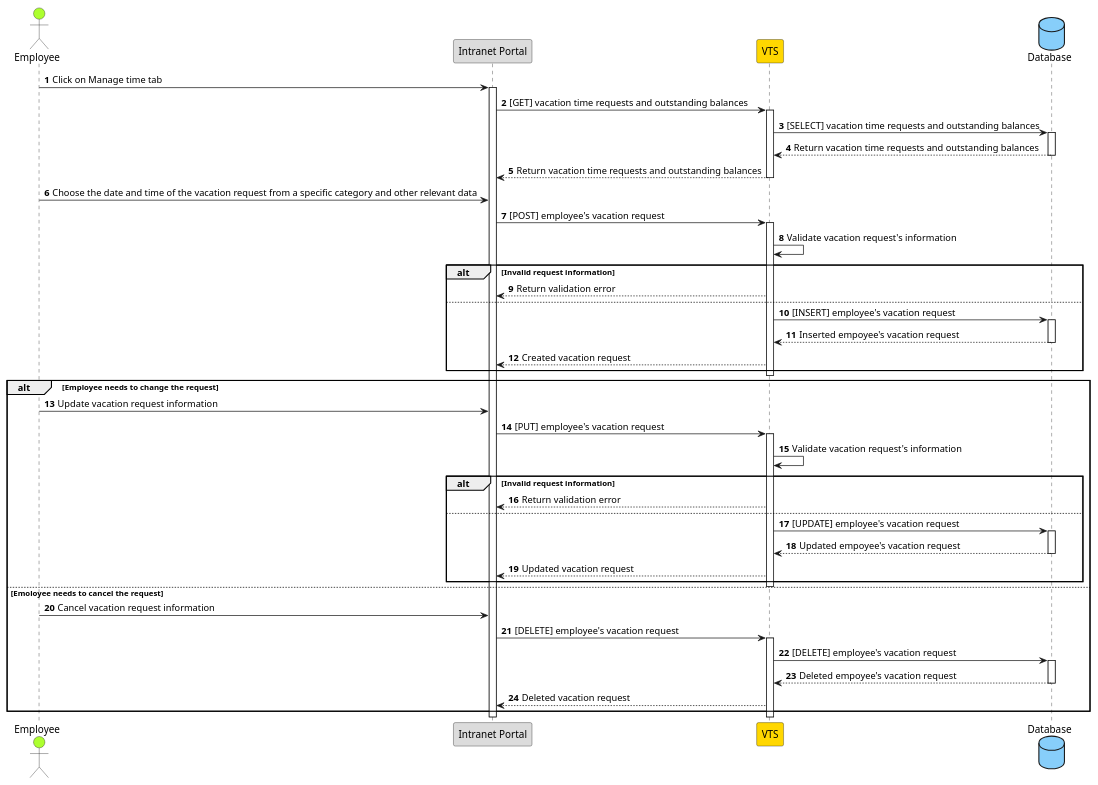
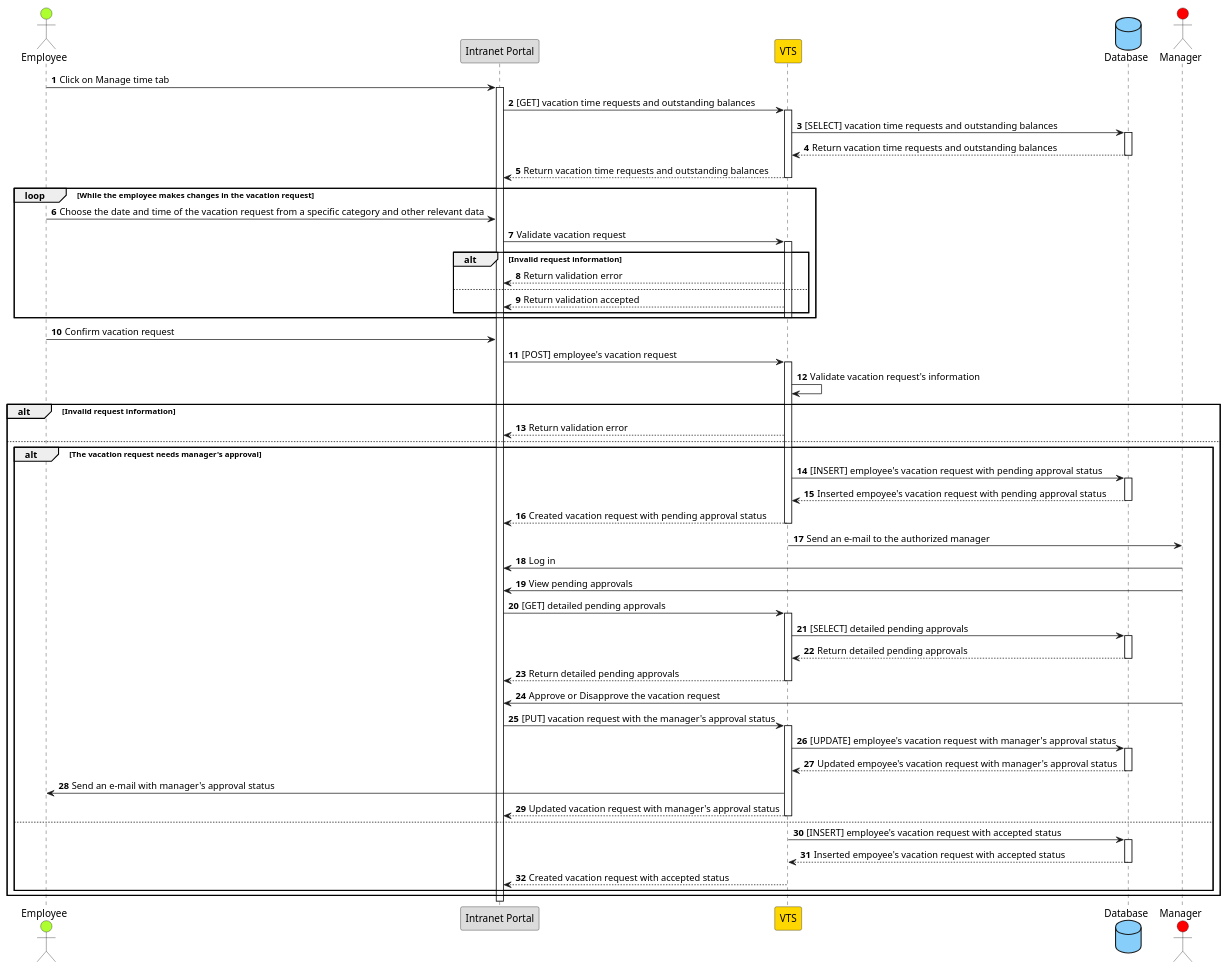
One commit to Adel1250/Vacation-Tracking-System changed the diagram in diagrams/sequence-diagrams/manage-time.puml. Above: the diagram before and after it, drawn with PlantUML. The commit also changed 1 other file, not shown here.

Commit message:
Add manager's approval in manage time sequence diagram

```diff
--- a/diagrams/sequence-diagrams/manage-time.puml
+++ b/diagrams/sequence-diagrams/manage-time.puml
@@ -1,61 +1,79 @@
 @startuml High level Manage Time Flow
 
 actor "Employee" as EMP #GreenYellow
 participant "Intranet Portal" as IP #Gainsboro
 participant VTS #Gold
 
 database "Database" as DB #LightSkyBlue
+
+actor "Manager" as MNG #RED
 
 autonumber
 
 EMP -> IP: Click on Manage time tab
 activate IP
 IP -> VTS: [GET] vacation time requests and outstanding balances
 activate VTS
 VTS -> DB: [SELECT] vacation time requests and outstanding balances
 activate DB
 DB --> VTS: Return vacation time requests and outstanding balances
 deactivate DB
 VTS --> IP: Return vacation time requests and outstanding balances
 deactivate VTS
-EMP -> IP: Choose the date and time of the vacation request from a specific category and other relevant data
+loop While the employee makes changes in the vacation request
+    EMP -> IP: Choose the date and time of the vacation request from a specific category and other relevant data
+    IP -> VTS: Validate vacation request
+    activate VTS
+    alt Invalid request information
+        VTS --> IP: Return validation error
+    else 
+        VTS --> IP: Return validation accepted
+    end
+    deactivate VTS
+end
+EMP -> IP: Confirm vacation request
 IP -> VTS: [POST] employee's vacation request
 activate VTS
 VTS -> VTS: Validate vacation request's information
 alt Invalid request information
     VTS --> IP: Return validation error
 else
-    VTS -> DB: [INSERT] employee's vacation request
-    activate DB
-    DB --> VTS: Inserted empoyee's vacation request
-    deactivate DB
-    VTS --> IP: Created vacation request
-end
-deactivate VTS
-alt Employee needs to change the request
-    EMP -> IP: Update vacation request information
-    IP -> VTS: [PUT] employee's vacation request
-    activate VTS
-    VTS -> VTS: Validate vacation request's information
-    alt Invalid request information
-        VTS --> IP: Return validation error
+    alt The vacation request needs manager's approval
+        VTS -> DB: [INSERT] employee's vacation request with pending approval status
+        activate DB
+        DB --> VTS: Inserted empoyee's vacation request with pending approval status
+        deactivate DB
+        VTS --> IP: Created vacation request with pending approval status
+        deactivate VTS
+        VTS -> MNG: Send an e-mail to the authorized manager
+        MNG -> IP: Log in
+        MNG-> IP: View pending approvals
+        IP -> VTS: [GET] detailed pending approvals
+        activate VTS
+        VTS -> DB: [SELECT] detailed pending approvals
+        activate DB
+        DB --> VTS: Return detailed pending approvals
+        deactivate DB
+        VTS --> IP: Return detailed pending approvals
+        deactivate VTS
+        MNG -> IP: Approve or Disapprove the vacation request
+        IP -> VTS: [PUT] vacation request with the manager's approval status
+        activate VTS
+        VTS -> DB: [UPDATE] employee's vacation request with manager's approval status
+        activate DB
+        DB --> VTS: Updated empoyee's vacation request with manager's approval status
+        deactivate DB
+        VTS -> EMP: Send an e-mail with manager's approval status
+        VTS --> IP: Updated vacation request with manager's approval status
+        deactivate VTS
     else
-        VTS -> DB: [UPDATE] employee's vacation request
+        VTS -> DB: [INSERT] employee's vacation request with accepted status
         activate DB
-        DB --> VTS: Updated empoyee's vacation request
+        DB --> VTS: Inserted empoyee's vacation request with accepted status
         deactivate DB
-        VTS --> IP: Updated vacation request
+        VTS --> IP: Created vacation request with accepted status
+        deactivate VTS
     end
-    deactivate VTS
-else Emoloyee needs to cancel the request
-    EMP -> IP: Cancel vacation request information
-    IP -> VTS: [DELETE] employee's vacation request
-    activate VTS
-    VTS -> DB: [DELETE] employee's vacation request
-    activate DB
-    DB --> VTS: Deleted empoyee's vacation request
-    deactivate DB
-    VTS --> IP: Deleted vacation request
 end
 
 @enduml
```
